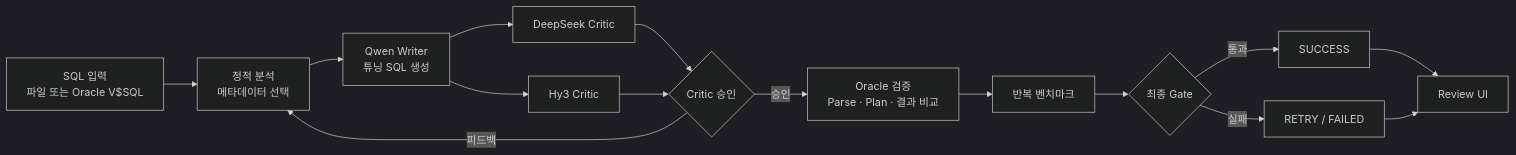
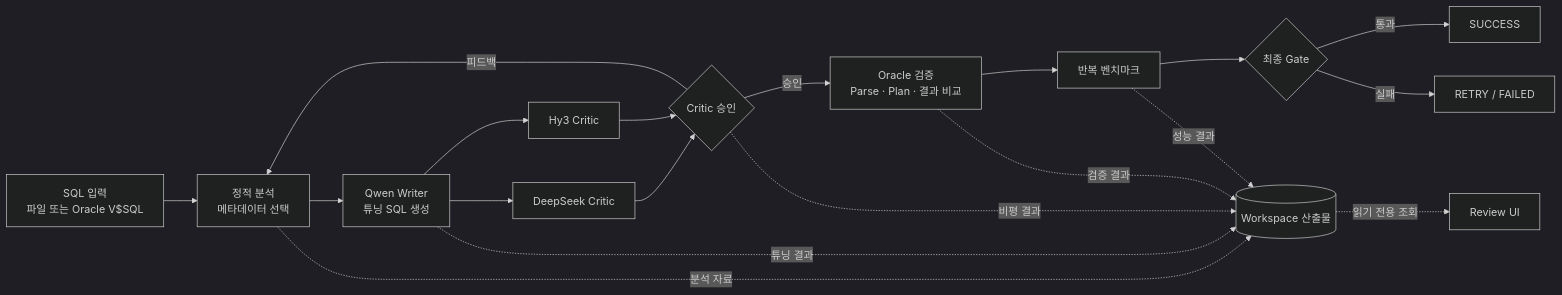
Before and after one commit to qpalzmowksmx/Dgx_Sql_Tuning: the diagram in README.md, drawn with Mermaid (dark theme). The commit also changed other lines of this file and 4 other files, not shown here.

````diff
--- a/README.md
+++ b/README.md
@@ -49,17 +53,22 @@
 ```mermaid
 flowchart LR
     A["SQL 입력<br/>파일 또는 Oracle V$SQL"] --> B["정적 분석<br/>메타데이터 선택"]
     B --> C["Qwen Writer<br/>튜닝 SQL 생성"]
     C --> D["DeepSeek Critic"]
     C --> E["Hy3 Critic"]
     D --> F{"Critic 승인"}
     E --> F
     F -- "피드백" --> B
     F -- "승인" --> G["Oracle 검증<br/>Parse · Plan · 결과 비교"]
     G --> H["반복 벤치마크"]
     H --> I{"최종 Gate"}
     I -- "통과" --> J["SUCCESS"]
     I -- "실패" --> K["RETRY / FAILED"]
-    J --> L["Review UI"]
-    K --> L
+
+    B -. "분석 자료" .-> W[("Workspace 산출물")]
+    C -. "튜닝 결과" .-> W
+    F -. "비평 결과" .-> W
+    G -. "검증 결과" .-> W
+    H -. "성능 결과" .-> W
+    W -. "읽기 전용 조회" .-> L["Review UI"]
 ```
````
